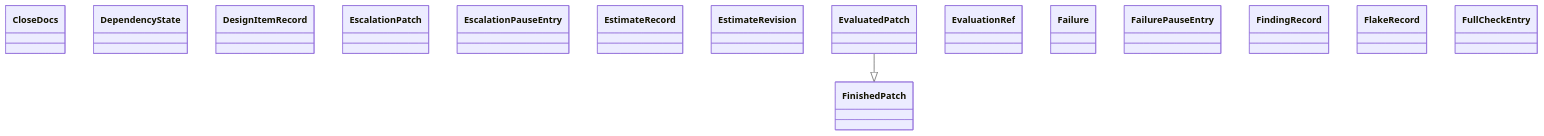
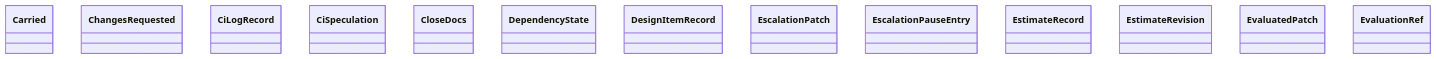
The diagram in docs/architecture/generated/classes-process-domain-state-3.md (GonzaloZevallos/agentic-system), drawn with Mermaid before and after one commit. The commit also changed other lines of this file and 18 other files, not shown here.

First line of the commit message:
Regenerate the architecture pages for the shadow record types

````diff
--- a/docs/architecture/generated/classes-process-domain-state-3.md
+++ b/docs/architecture/generated/classes-process-domain-state-3.md
@@ -22,19 +23,16 @@
 ```mermaid
 classDiagram
+    class task__Carried["Carried"]
+    class task__ChangesRequested["ChangesRequested"]
+    class task__CiLogRecord["CiLogRecord"]
+    class task__CiSpeculation["CiSpeculation"]
     class task__CloseDocs["CloseDocs"]
     class task__DependencyState["DependencyState"]
     class task__DesignItemRecord["DesignItemRecord"]
     class task__EscalationPatch["EscalationPatch"]
     class task__EscalationPauseEntry["EscalationPauseEntry"]
     class task__EstimateRecord["EstimateRecord"]
     class task__EstimateRevision["EstimateRevision"]
     class task__EvaluatedPatch["EvaluatedPatch"]
     class task__EvaluationRef["EvaluationRef"]
-    class task__Failure["Failure"]
-    class task__FailurePauseEntry["FailurePauseEntry"]
-    class task__FindingRecord["FindingRecord"]
-    class task__FinishedPatch["FinishedPatch"]
-    class task__FlakeRecord["FlakeRecord"]
-    class task__FullCheckEntry["FullCheckEntry"]
-    task__EvaluatedPatch --|> task__FinishedPatch
 ```
````
